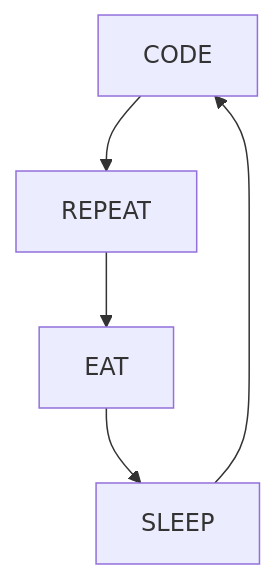
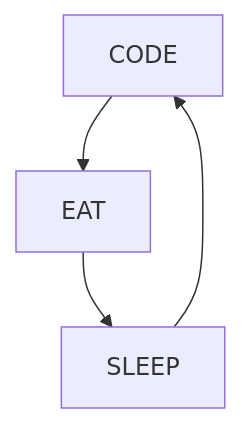
One commit to B2Big/syu99 changed the diagram in README.md. Above: the diagram before and after it, drawn with Mermaid.

````diff
--- a/README.md
+++ b/README.md
@@ -33,7 +33,7 @@
 ```mermaid
 graph TD
-    CODE--> REPEAT
+    CODE-->EAT
     EAT--> SLEEP
     SLEEP--> CODE
-    REPEAT--> EAT
+
 ```
````
